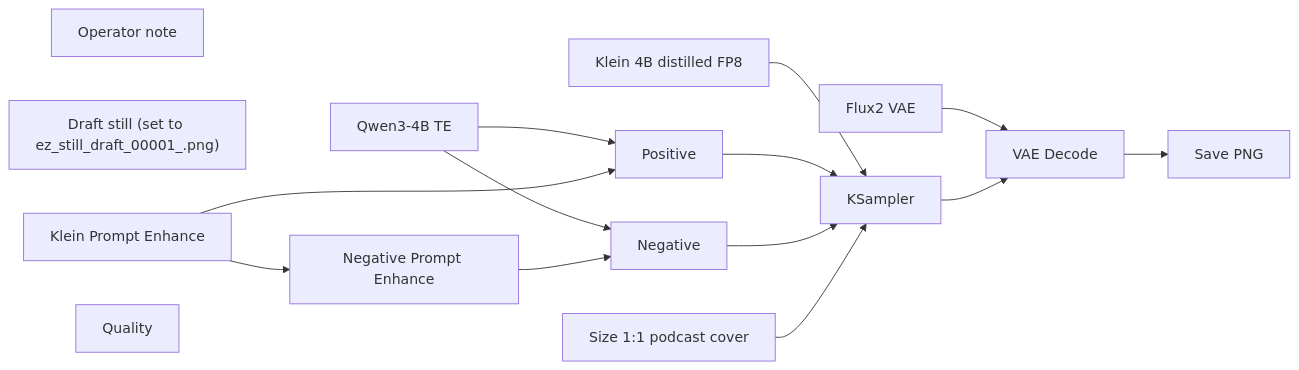
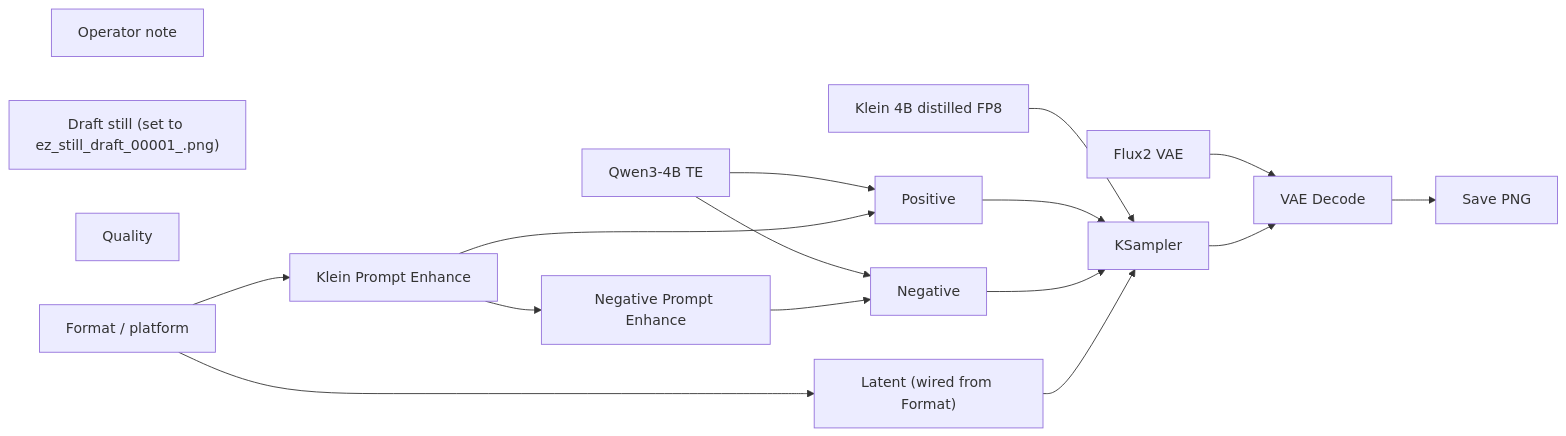
One commit to toxicoder/ez-comfy-stack changed the diagram in docs/generated/workflows/klein/podcast-cover.md. Above: the diagram before and after it, drawn with Mermaid. The commit also changed other lines of this file and 312 other files, not shown here.

First line of the commit message:
feat: Format / platform on Klein, Wan, and LTX Apps

````diff
--- a/docs/generated/workflows/klein/podcast-cover.md
+++ b/docs/generated/workflows/klein/podcast-cover.md
@@ -49,29 +51,32 @@
 ```mermaid
 flowchart LR
   N1["Klein 4B distilled FP8"]
   N2["Qwen3-4B TE"]
   N3["Flux2 VAE"]
   N4["Positive"]
   N5["Negative"]
-  N6["Size 1:1 podcast cover"]
+  N6["Latent (wired from Format)"]
   N7["KSampler"]
   N8["VAE Decode"]
   N9["Save PNG"]
   N10["Operator note"]
   N11["Draft still (set to ez_still_draft_00001_.png)"]
   N12["Klein Prompt Enhance"]
   N13["Negative Prompt Enhance"]
   N14["Quality"]
+  N15["Format / platform"]
   N1 --> N7
   N2 --> N4
   N2 --> N5
   N3 --> N8
   N4 --> N7
   N5 --> N7
   N6 --> N7
   N7 --> N8
   N8 --> N9
   N12 --> N4
   N12 --> N13
   N13 --> N5
+  N15 --> N6
+  N15 --> N12
 ```
````
